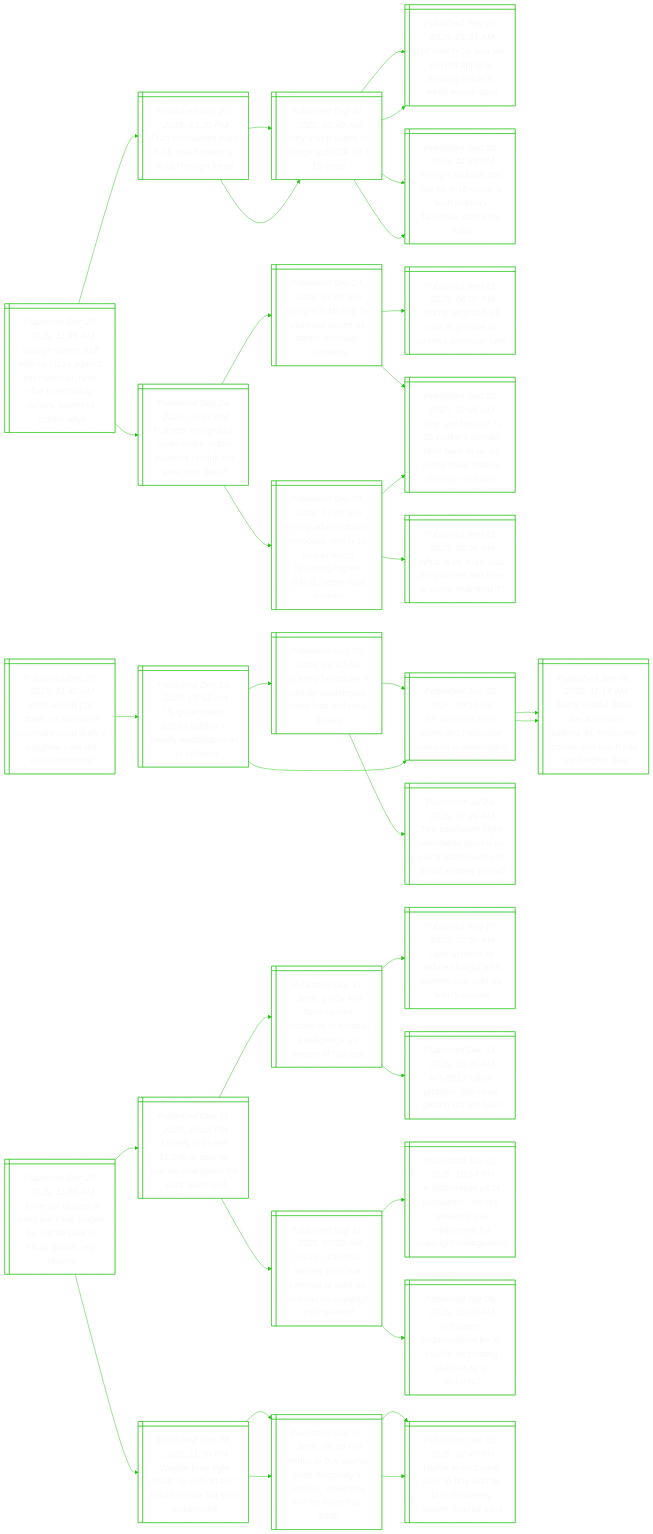
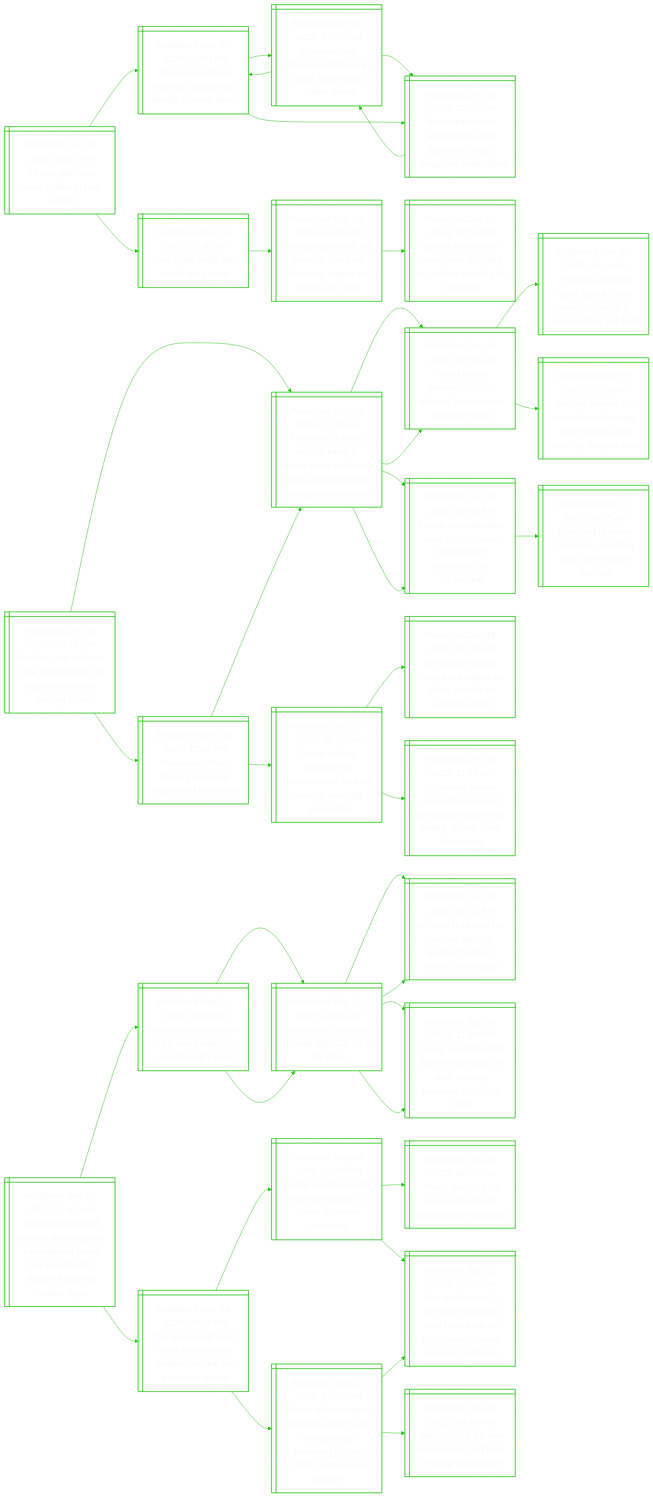
Before and after one commit to notJmes/notJmes: the diagram in README.md, drawn with Mermaid. The commit also changed other lines of this file, not shown here.

````diff
--- a/README.md
+++ b/README.md
@@ -15,6 +15,80 @@
 %%{init: {'theme':'base', 'themeVariables': {'primaryColor': "transparent", 'primaryTextColor': "#F9F9F9", 'lineColor': "#20C20E", 'primaryBorderColor':'#20C20E'}}}%%
 flowchart LR
 classDef txtsize font-size:20px;
+
+hfwiliJy@{ shape: win-pane, label: "_Published Dec 20, 2025, 03:57 PM_
+17 hurt after two trains collide in new jersey" }
+Tnivuqiesyc@{ shape: win-pane, label: "_Published Dec 20, 2025, 01:50 PM_
+Taiwan president vows full inquiry into deadly subway attack" }
+Kwitrseiiroc@{ shape: win-pane, label: "_Published Dec 19, 2025, 07:57 PM_
+Knife-wielding attacker kills three in taipei, dies during police chase" }
+Ngefentsiioaf@{ shape: win-pane, label: "_Published Dec 20, 2025, 12:38 PM_
+No singaporeans affected by knife attacks in taipei: singapore trade office" }
+Tnivuqiesyc@{ shape: win-pane, label: "_Published Dec 20, 2025, 01:50 PM_
+Taiwan president vows full inquiry into deadly subway attack" }
+Ngefentsiioaf@{ shape: win-pane, label: "_Published Dec 20, 2025, 12:38 PM_
+No singaporeans affected by knife attacks in taipei: singapore trade office" }
+Kwitrseiiroc@{ shape: win-pane, label: "_Published Dec 19, 2025, 07:57 PM_
+Knife-wielding attacker kills three in taipei, dies during police chase" }
+Tseasitl@{ shape: win-pane, label: "_Published May 19, 2025, 10:30 AM_
+Train strike ends after snarling ny travel" }
+Nrrtsetuaeaesl@{ shape: win-pane, label: "_Published May 16, 2025, 04:48 PM_
+New jersey transit rail strike, first in four decades, begins as wage talks stall" }
+SuosnoiUithp@{ shape: win-pane, label: "_Published Dec 21, 2024, 02:50 PM_
+Starbucks workers’ union goes on strike in us cities as talks hit impasse" }
+
+hfwiliJy:::txtsize --> Tnivuqiesyc:::txtsize
+Tnivuqiesyc:::txtsize --> Kwitrseiiroc:::txtsize
+Kwitrseiiroc:::txtsize --> Ngefentsiioaf:::txtsize
+Kwitrseiiroc:::txtsize --> Tnivuqiesyc:::txtsize
+Tnivuqiesyc:::txtsize --> Ngefentsiioaf:::txtsize
+Ngefentsiioaf:::txtsize --> Kwitrseiiroc:::txtsize
+hfwiliJy:::txtsize --> Tseasitl:::txtsize
+Tseasitl:::txtsize --> Nrrtsetuaeaesl:::txtsize
+Nrrtsetuaeaesl:::txtsize --> SuosnoiUithp:::txtsize
+
+Hnoeameaoais@{ shape: win-pane, label: "_Published Dec 20, 2025, 03:13 PM_
+Heading into midterm year, trump hopes to make economy a winning issue" }
+IraafguwnblBiroo@{ shape: win-pane, label: "_Published Dec 18, 2025, 11:54 AM_
+‘i inherited a mess, and i’m fixing it’: trump vows economic boom, blames biden in address to nation" }
+Ttsgidsociu@{ shape: win-pane, label: "_Published Dec 18, 2025, 07:00 AM_
+Trump to vow ‘stronger’ us in tv address as economic worries mount" }
+TsoastneRrols@{ shape: win-pane, label: "_Published Dec 17, 2025, 03:14 AM_
+Trump’s approval rating slips to 39%, economy weighs, reuters/ipsos poll finds" }
+ThuMnlmenekmae@{ shape: win-pane, label: "_Published Nov 05, 2025, 02:15 PM_
+‘turn the volume up,’ mamdani tells trump after winning new york city mayoral race" }
+TaitismonAcfzi@{ shape: win-pane, label: "_Published Dec 18, 2025, 09:55 AM_
+Trump administration aims to strip more foreign-born americans of citizenship" }
+Taeoicniuaat@{ shape: win-pane, label: "_Published Dec 17, 2025, 05:35 AM_
+Trump adds seven countries, including syria, to full travel ban list" }
+Twruedett@{ shape: win-pane, label: "_Published Dec 18, 2025, 12:58 PM_
+Takeaways from trump’s year-end address to the nation" }
+IraafguwnblBiroo@{ shape: win-pane, label: "_Published Dec 18, 2025, 11:54 AM_
+‘i inherited a mess, and i’m fixing it’: trump vows economic boom, blames biden in address to nation" }
+Ttsgidsociu@{ shape: win-pane, label: "_Published Dec 18, 2025, 07:00 AM_
+Trump to vow ‘stronger’ us in tv address as economic worries mount" }
+TaitismonAcfzi@{ shape: win-pane, label: "_Published Dec 18, 2025, 09:55 AM_
+Trump administration aims to strip more foreign-born americans of citizenship" }
+Toskftdasitgz@{ shape: win-pane, label: "_Published Dec 17, 2025, 08:34 AM_
+Trump orders blockade of sanctioned oil tankers leaving, entering venezuela" }
+Uistitktvlanf@{ shape: win-pane, label: "_Published Dec 16, 2025, 11:09 AM_
+Us military says it carried out strikes on three vessels in eastern pacific" }
+Uznenltrwtphoon@{ shape: win-pane, label: "_Published Dec 13, 2025, 11:10 AM_
+Us seized tanker near venezuela just as warrant was set to expire, shows court document" }
+
+Hnoeameaoais:::txtsize --> IraafguwnblBiroo:::txtsize
+IraafguwnblBiroo:::txtsize --> Ttsgidsociu:::txtsize
+Ttsgidsociu:::txtsize --> TsoastneRrols:::txtsize
+Ttsgidsociu:::txtsize --> ThuMnlmenekmae:::txtsize
+IraafguwnblBiroo:::txtsize --> TaitismonAcfzi:::txtsize
+TaitismonAcfzi:::txtsize --> Taeoicniuaat:::txtsize
+Hnoeameaoais:::txtsize --> Twruedett:::txtsize
+Twruedett:::txtsize --> IraafguwnblBiroo:::txtsize
+IraafguwnblBiroo:::txtsize --> Ttsgidsociu:::txtsize
+IraafguwnblBiroo:::txtsize --> TaitismonAcfzi:::txtsize
+Twruedett:::txtsize --> Toskftdasitgz:::txtsize
+Toskftdasitgz:::txtsize --> Uistitktvlanf:::txtsize
+Toskftdasitgz:::txtsize --> Uznenltrwtphoon:::txtsize
 
 GesfUainaavebdsnnr@{ shape: win-pane, label: "_Published Dec 20, 2025, 11:45 AM_
 Google warns staff with us visas against international travel due to embassy delays, business insider says" }
@@ -62,69 +136,4 @@
 TaitreHaevnhibrwr:::txtsize --> Wsvrmdspgt:::txtsize
 TaitreHaevnhibrwr:::txtsize --> FniBeracSudaics:::txtsize
 
-AardSsStefaelustl@{ shape: win-pane, label: "_Published Dec 20, 2025, 11:45 AM_
-After airport pat-down, us transport secretary sean duffy’s daughter calls tsa ‘unconstitutional’" }
-UeniateWnDcs@{ shape: win-pane, label: "_Published Dec 18, 2025, 08:55 AM_
-Us government admits liability in deadly washington dc air collision" }
-Uycraagrahle@{ shape: win-pane, label: "_Published Aug 02, 2025, 09:40 AM_
-Us army helicopter in deadly washington crash had technical issues" }
-Nvspaltloag@{ shape: win-pane, label: "_Published Jan 30, 2025, 09:10 PM_
-No survivors from plane and helicopter collision in washington" }
-Tusgtnjanoevnrr@{ shape: win-pane, label: "_Published Jul 26, 2025, 07:49 AM_
-Two southwest flight attendants injured as plane manoeuvres to avoid another aircraft" }
-Nvspaltloag@{ shape: win-pane, label: "_Published Jan 30, 2025, 09:10 PM_
-No survivors from plane and helicopter collision in washington" }
-Medfmaljltlaathoe@{ shape: win-pane, label: "_Published Jan 30, 2025, 11:14 AM_
-Many feared dead after american airlines jet, helicopter collide and crash into washington river" }
-Medfmaljltlaathoe@{ shape: win-pane, label: "_Published Jan 30, 2025, 11:14 AM_
-Many feared dead after american airlines jet, helicopter collide and crash into washington river" }
-
-AardSsStefaelustl:::txtsize --> UeniateWnDcs:::txtsize
-UeniateWnDcs:::txtsize --> Uycraagrahle:::txtsize
-Uycraagrahle:::txtsize --> Nvspaltloag:::txtsize
-Uycraagrahle:::txtsize --> Tusgtnjanoevnrr:::txtsize
-UeniateWnDcs:::txtsize --> Nvspaltloag:::txtsize
-Nvspaltloag:::txtsize --> Medfmaljltlaathoe:::txtsize
-Nvspaltloag:::txtsize --> Medfmaljltlaathoe:::txtsize
-
-Urtsragetpniirt@{ shape: win-pane, label: "_Published Dec 20, 2025, 11:36 AM_
-Universal studios in early planning stages for theme park in saudi arabia, wsj reports" }
-Dyvincccfrel@{ shape: win-pane, label: "_Published Dec 11, 2025, 10:25 PM_
-Disney to invest $1.29b in openai, license characters for sora video tool" }
-TareffllnPne@{ shape: win-pane, label: "_Published Dec 11, 2025, 10:04 PM_
-Time names architects of artificial intelligence as ‘person of the year’" }
-OIsdhTrneUnc@{ shape: win-pane, label: "_Published Aug 27, 2025, 07:50 AM_
-Openai plans to update chatgpt after parents sue over us teen’s suicide" }
-Alpecgnts@{ shape: win-pane, label: "_Published Dec 11, 2025, 10:40 AM_
-Ai’s $517 billion problem: are chips getting old too fast?" }
-DyeWrsiArixogfe@{ shape: win-pane, label: "_Published Sep 17, 2025, 07:39 AM_
-Disney, universal, warner bros sue chinese ai start-up minimax for copyright infringement" }
-Aosfimevliroytie@{ shape: win-pane, label: "_Published Jun 11, 2025, 10:54 PM_
-A ‘bottomless pit of plagiarism’: disney, universal sue midjourney for copyright infringement" }
-WsrsnnbriitIu@{ shape: win-pane, label: "_Published Apr 06, 2025, 05:00 AM_
-Will users, organisations be in trouble for posting ghibli-style ai pictures?" }
-Wrfhuhisboat@{ shape: win-pane, label: "_Published Dec 08, 2025, 11:30 PM_
-Warner bros fight heats up with $140.7 billion hostile bid from paramount" }
-Niunocydtiimh@{ shape: win-pane, label: "_Published Dec 05, 2025, 08:40 PM_
-Netflix to buy warner bros discovery’s studios, streaming unit for more than $93b" }
-Nixilbrrsreua@{ shape: win-pane, label: "_Published Dec 05, 2025, 02:40 PM_
-Netflix in exclusive talks to buy warner bros discovery assets, source says" }
-Niunocydtiimh@{ shape: win-pane, label: "_Published Dec 05, 2025, 08:40 PM_
-Netflix to buy warner bros discovery’s studios, streaming unit for more than $93b" }
-Nixilbrrsreua@{ shape: win-pane, label: "_Published Dec 05, 2025, 02:40 PM_
-Netflix in exclusive talks to buy warner bros discovery assets, source says" }
-
-Urtsragetpniirt:::txtsize --> Dyvincccfrel:::txtsize
-Dyvincccfrel:::txtsize --> TareffllnPne:::txtsize
-TareffllnPne:::txtsize --> OIsdhTrneUnc:::txtsize
-TareffllnPne:::txtsize --> Alpecgnts:::txtsize
-Dyvincccfrel:::txtsize --> DyeWrsiArixogfe:::txtsize
-DyeWrsiArixogfe:::txtsize --> Aosfimevliroytie:::txtsize
-DyeWrsiArixogfe:::txtsize --> WsrsnnbriitIu:::txtsize
-Urtsragetpniirt:::txtsize --> Wrfhuhisboat:::txtsize
-Wrfhuhisboat:::txtsize --> Niunocydtiimh:::txtsize
-Niunocydtiimh:::txtsize --> Nixilbrrsreua:::txtsize
-Wrfhuhisboat:::txtsize --> Niunocydtiimh:::txtsize
-Niunocydtiimh:::txtsize --> Nixilbrrsreua:::txtsize
-
 ```
````
